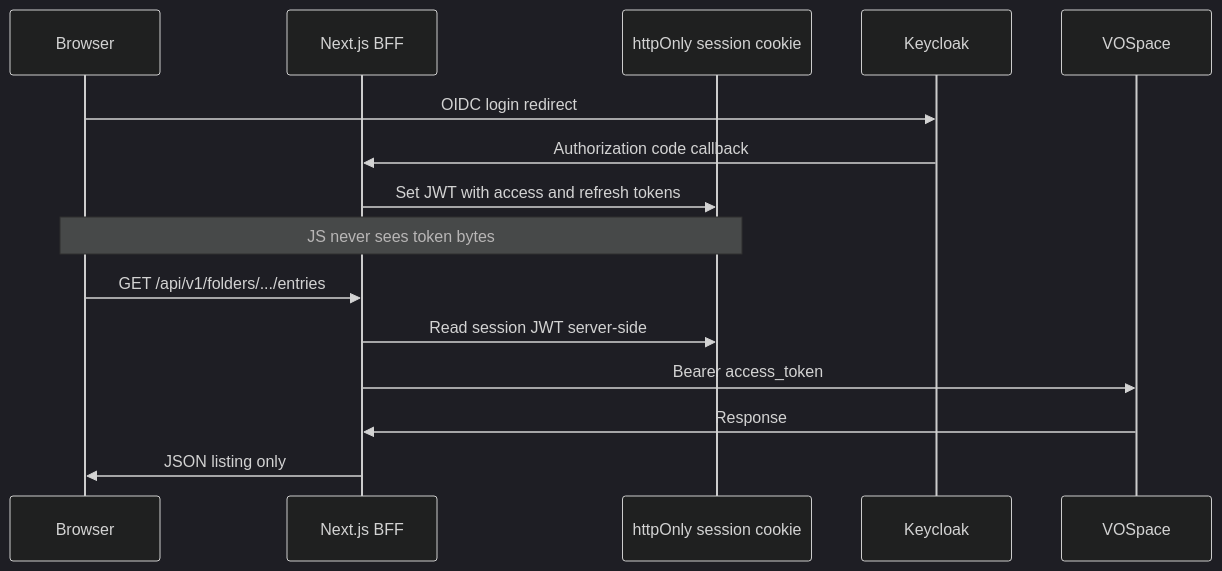
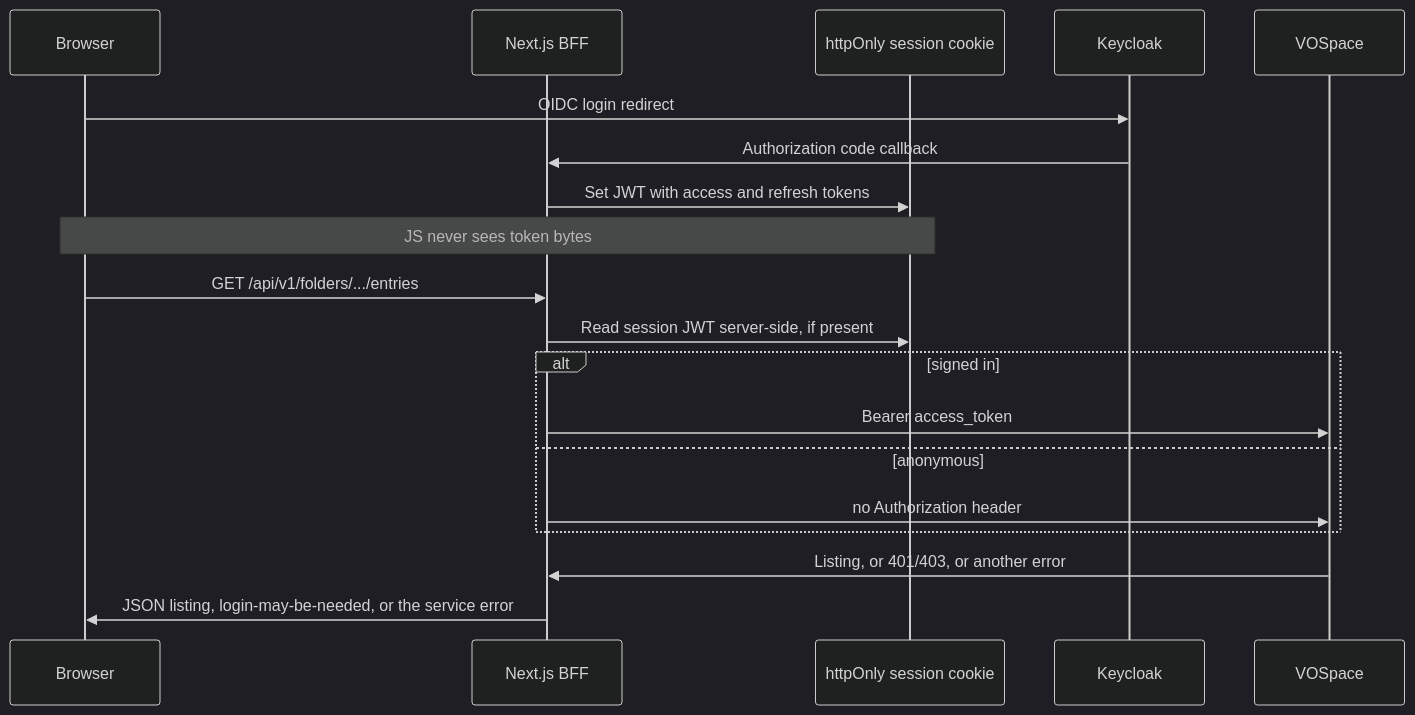
Before and after one commit to at88mph/travorse: the second of 2 diagrams in docs/SPECIFICATION.md, drawn with Mermaid (dark theme). The commit also changed other lines of this file and 13 other files, not shown here.

````diff
--- a/docs/SPECIFICATION.md
+++ b/docs/SPECIFICATION.md
@@ -428,19 +429,23 @@
 ```mermaid
 sequenceDiagram
   participant Browser
   participant BFF as Next.js BFF
   participant Cookie as httpOnly session cookie
   participant KC as Keycloak
   participant VOS as VOSpace
 
   Browser->>KC: OIDC login redirect
   KC->>BFF: Authorization code callback
   BFF->>Cookie: Set JWT with access and refresh tokens
   Note over Browser,Cookie: JS never sees token bytes
 
   Browser->>BFF: GET /api/v1/folders/.../entries
-  BFF->>Cookie: Read session JWT server-side
-  BFF->>VOS: Bearer access_token
-  VOS->>BFF: Response
-  BFF->>Browser: JSON listing only
+  BFF->>Cookie: Read session JWT server-side, if present
+  alt signed in
+    BFF->>VOS: Bearer access_token
+  else anonymous
+    BFF->>VOS: no Authorization header
+  end
+  VOS->>BFF: Listing, or 401/403, or another error
+  BFF->>Browser: JSON listing, login-may-be-needed, or the service error
 ```
````
